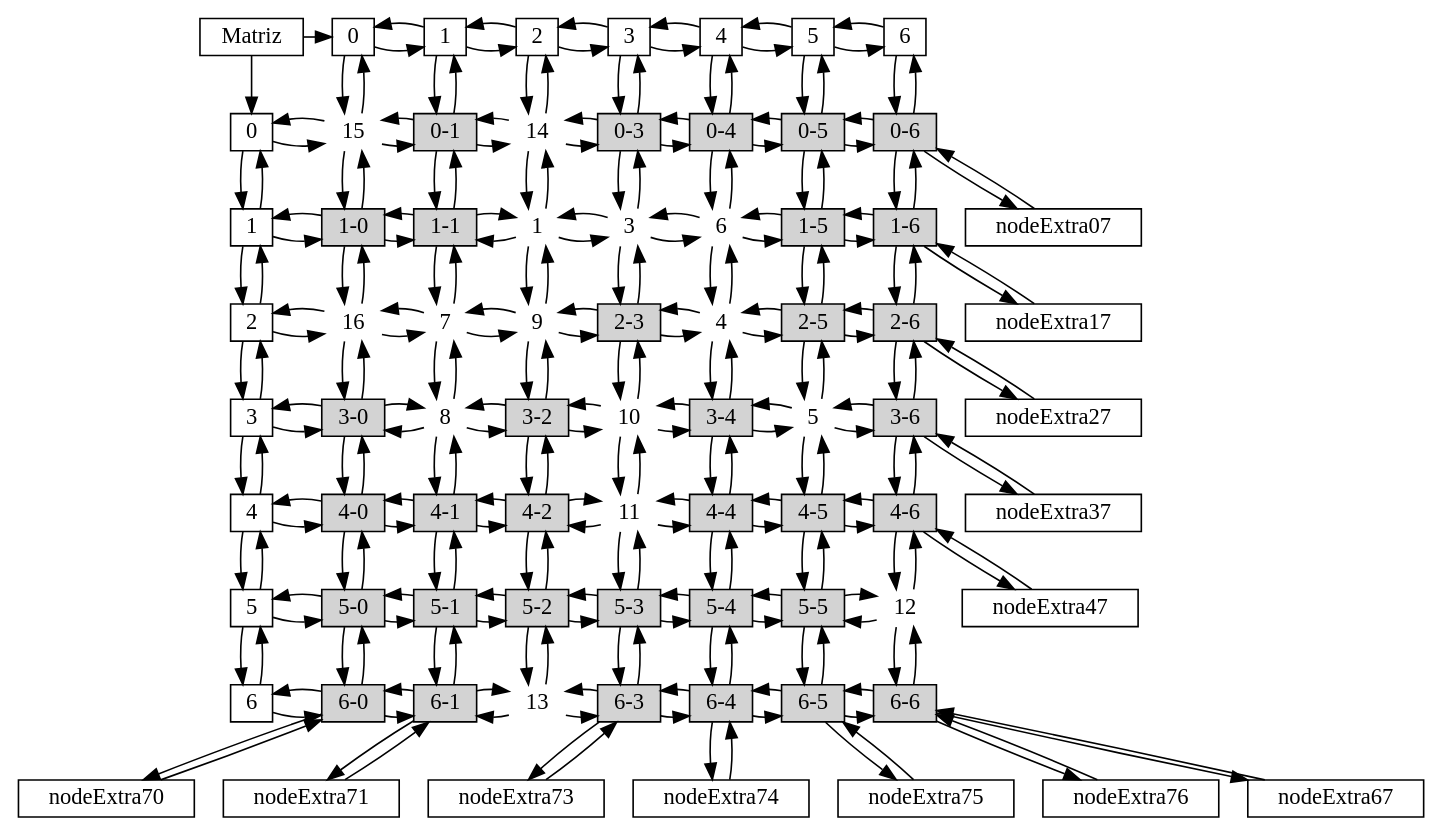
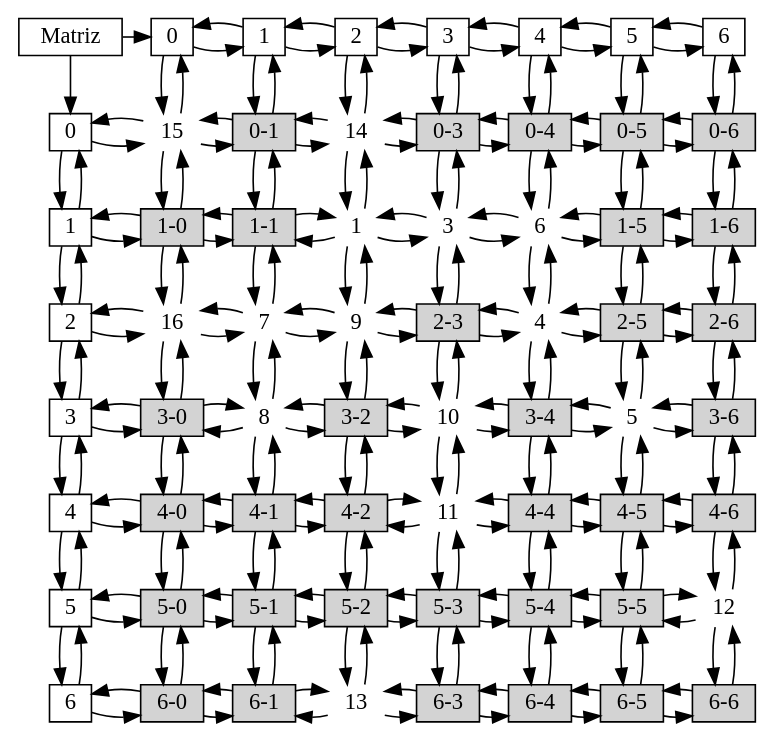
Before and after one commit to olgt/Laboratorio_EDD_201612341: the diagram in build-EDD_Proyecto_1-Desktop_Qt_5_15_0_GCC_64bit-Debug/AAAAAGRAFICA.gv, drawn with Graphviz. The commit also changed 44 other files, not shown here.

```diff
--- a/build-EDD_Proyecto_1-Desktop_Qt_5_15_0_GCC_64bit-Debug/AAAAAGRAFICA.gv
+++ b/build-EDD_Proyecto_1-Desktop_Qt_5_15_0_GCC_64bit-Debug/AAAAAGRAFICA.gv
@@ -107,8 +107,6 @@
 nodeExtra50->nodeExtra40; 
 nodeExtra50->nodeExtra60; 
 nodeExtra60->nodeExtra50; 
-nodeExtra60->nodeExtra70; 
-nodeExtra70->nodeExtra60; 
 nodeY1->nodeY2;
 nodeY2->nodeY1;
 nodeY1->nodeExtra01; 
@@ -125,8 +123,6 @@
 nodeExtra51->nodeExtra41; 
 nodeExtra51->nodeExtra61; 
 nodeExtra61->nodeExtra51; 
-nodeExtra61->nodeExtra71; 
-nodeExtra71->nodeExtra61; 
 nodeY2->nodeY3;
 nodeY3->nodeY2;
 nodeY2->node02; 
@@ -159,8 +155,6 @@
 nodeExtra53->node43; 
 nodeExtra53->nodeExtra63; 
 nodeExtra63->nodeExtra53; 
-nodeExtra63->nodeExtra73; 
-nodeExtra73->nodeExtra63; 
 nodeY4->nodeY5;
 nodeY5->nodeY4;
 nodeY4->nodeExtra04; 
@@ -177,8 +171,6 @@
 nodeExtra54->nodeExtra44; 
 nodeExtra54->nodeExtra64; 
 nodeExtra64->nodeExtra54; 
-nodeExtra64->nodeExtra74; 
-nodeExtra74->nodeExtra64; 
 nodeY5->nodeY6;
 nodeY6->nodeY5;
 nodeY5->nodeExtra05; 
@@ -195,8 +187,6 @@
 nodeExtra55->nodeExtra45; 
 nodeExtra55->nodeExtra65; 
 nodeExtra65->nodeExtra55; 
-nodeExtra65->nodeExtra75; 
-nodeExtra75->nodeExtra65; 
 nodeY6->nodeExtra06; 
 nodeExtra06->nodeY6; 
 node56->nodeExtra46; 
@@ -211,8 +201,6 @@
 nodeExtra46->nodeExtra36; 
 node56->nodeExtra66; 
 nodeExtra66->node56; 
-nodeExtra66->nodeExtra76; 
-nodeExtra76->nodeExtra66; 
 nodeX0->nodeX1;
 nodeX1->nodeX0;
 nodeX0->node00; 
@@ -229,8 +217,6 @@
 nodeExtra05->nodeExtra04; 
 nodeExtra05->nodeExtra06; 
 nodeExtra06->nodeExtra05; 
-nodeExtra06->nodeExtra07; 
-nodeExtra07->nodeExtra06; 
 nodeX1->nodeX2;
 nodeX2->nodeX1;
 nodeX1->nodeExtra10; 
@@ -247,8 +233,6 @@
 nodeExtra15->node14; 
 nodeExtra15->nodeExtra16; 
 nodeExtra16->nodeExtra15; 
-nodeExtra16->nodeExtra17; 
-nodeExtra17->nodeExtra16; 
 nodeX2->nodeX3;
 nodeX3->nodeX2;
 nodeX2->node20; 
@@ -265,8 +249,6 @@
 nodeExtra25->node24; 
 nodeExtra25->nodeExtra26; 
 nodeExtra26->nodeExtra25; 
-nodeExtra26->nodeExtra27; 
-nodeExtra27->nodeExtra26; 
 nodeX3->nodeX4;
 nodeX4->nodeX3;
 nodeX3->nodeExtra30; 
@@ -283,8 +265,6 @@
 node35->nodeExtra34; 
 node35->nodeExtra36; 
 nodeExtra36->node35; 
-nodeExtra36->nodeExtra37; 
-nodeExtra37->nodeExtra36; 
 nodeX4->nodeX5;
 nodeX5->nodeX4;
 nodeX4->nodeExtra40; 
@@ -301,8 +281,6 @@
 nodeExtra45->nodeExtra44; 
 nodeExtra45->nodeExtra46; 
 nodeExtra46->nodeExtra45; 
-nodeExtra46->nodeExtra47; 
-nodeExtra47->nodeExtra46; 
 nodeX5->nodeX6;
 nodeX6->nodeX5;
 nodeX5->nodeExtra50; 
@@ -333,6 +311,4 @@
 nodeExtra65->nodeExtra64; 
 nodeExtra65->nodeExtra66; 
 nodeExtra66->nodeExtra65; 
-nodeExtra66->nodeExtra67; 
-nodeExtra67->nodeExtra66; 
 }
```
